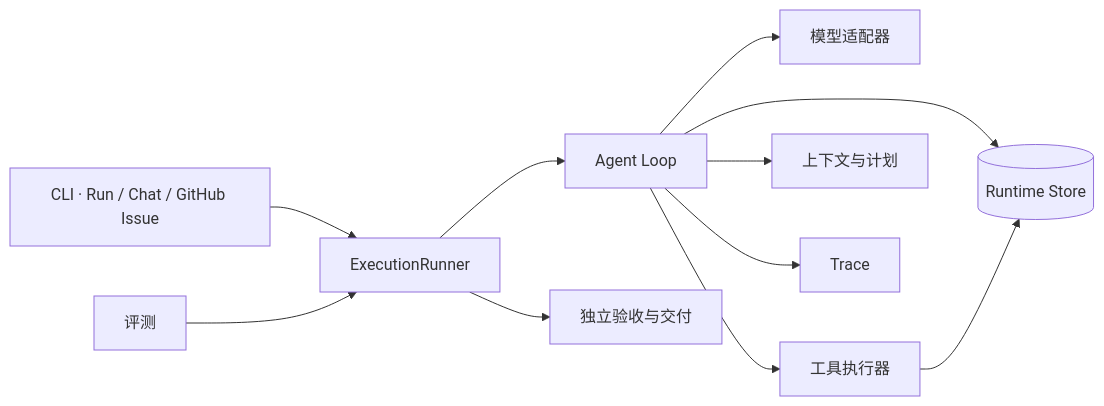
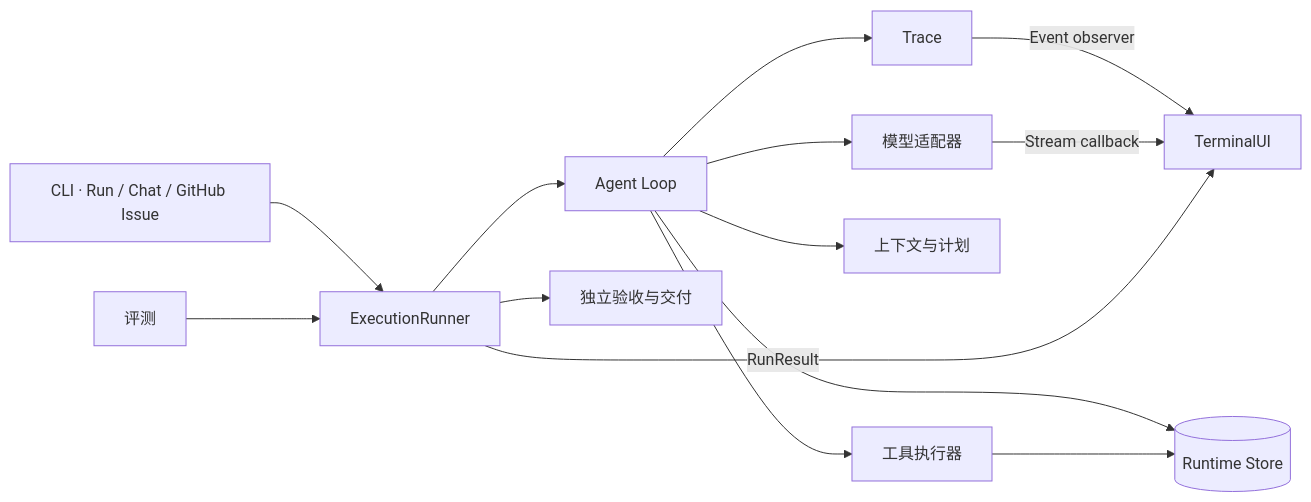
Before and after one commit to Napabana/forge-agent: the diagram in docs/design/architecture.md, drawn with Mermaid. The commit also changed other lines of this file and 31 other files, not shown here.

````diff
--- a/docs/design/architecture.md
+++ b/docs/design/architecture.md
@@ -13,13 +13,16 @@
 ```mermaid
 flowchart LR
     A["CLI · Run / Chat / GitHub Issue"] --> B[ExecutionRunner]
     J[评测] --> B
     B --> C[Agent Loop]
     C --> D[模型适配器]
     C --> E[工具执行器]
     C --> F[上下文与计划]
     B --> G[独立验收与交付]
     C --> H[(Runtime Store)]
     E --> H
     C --> I[Trace]
+    I -->|Event observer| U[TerminalUI]
+    D -->|Stream callback| U
+    B -->|RunResult| U
 ```
````
